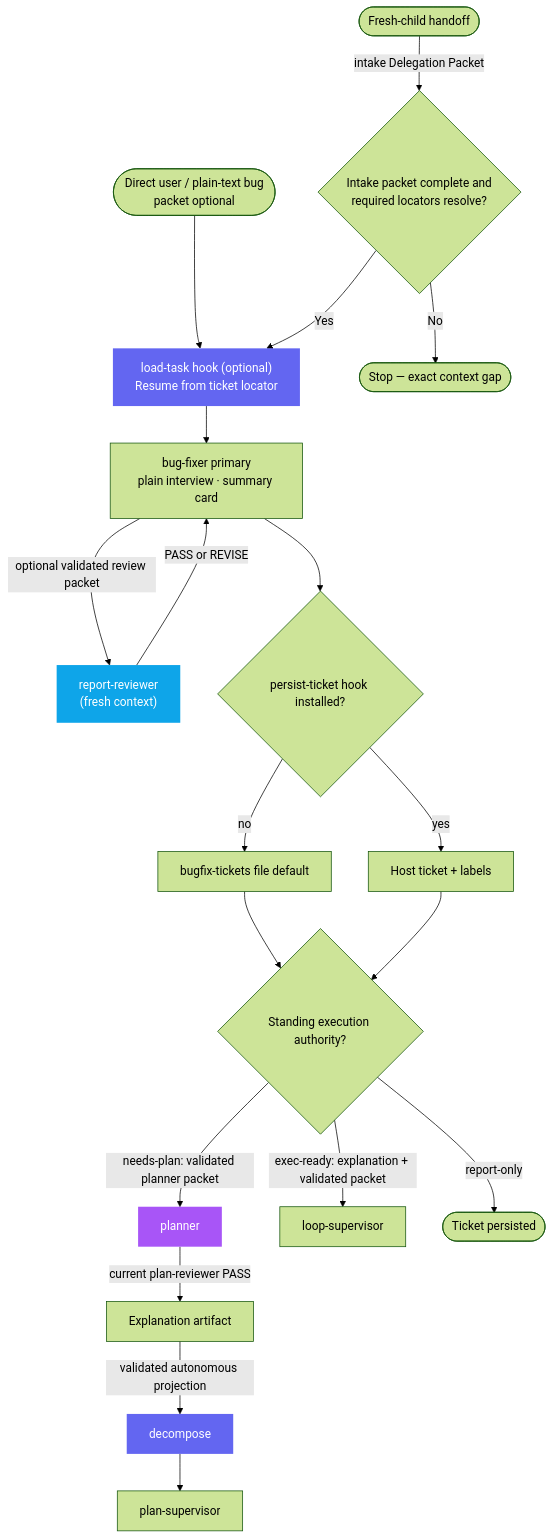
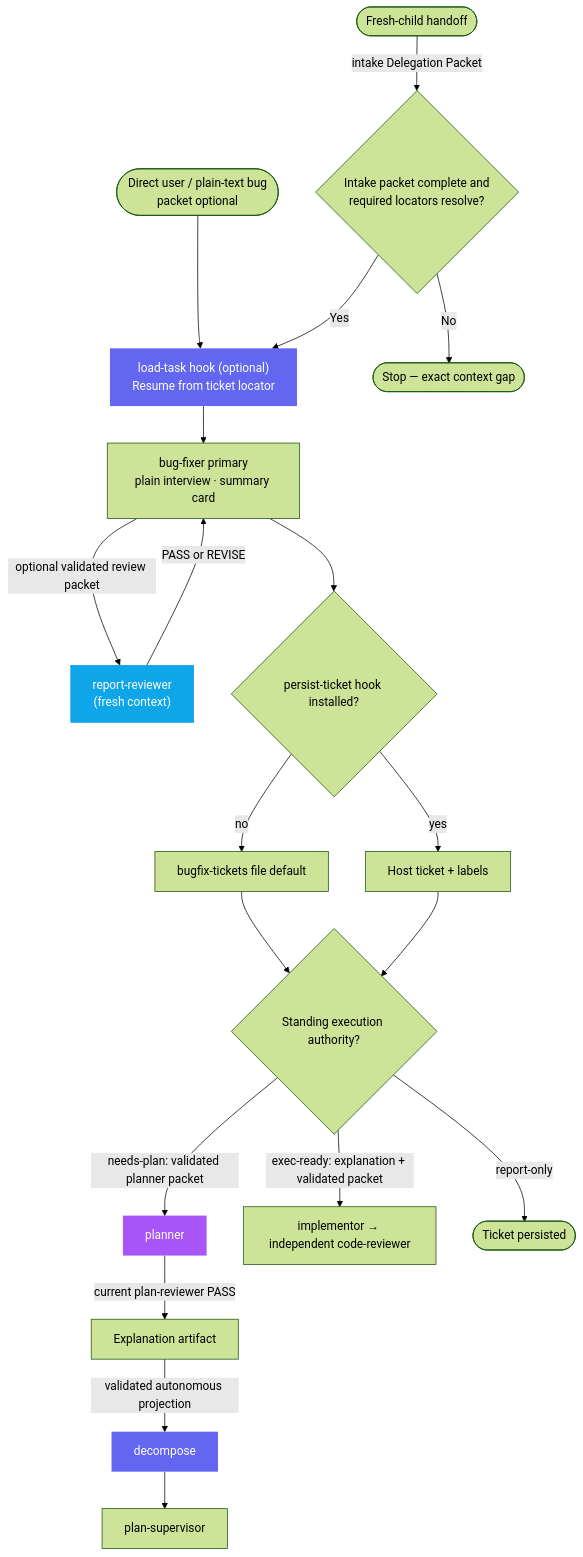
The diagram in docs/architecture/bug-fixer.md (ericmaster/agent-fabric), drawn with Mermaid (forest theme) before and after one commit. The commit also changed other lines of this file and 25 other files, not shown here.

````diff
--- a/docs/architecture/bug-fixer.md
+++ b/docs/architecture/bug-fixer.md
@@ -17,42 +17,42 @@
 ```mermaid
 flowchart TD
     DIRECT([Direct user / plain-text bug\npacket optional])
     FRESH([Fresh-child handoff])
     DIRECT --> LT
     FRESH -->|"intake Delegation Packet"| INTAKE
     INTAKE{"Intake packet complete and\nrequired locators resolve?"}
     INTAKE -- No --> BLOCKED([Stop — exact context gap])
     INTAKE -- Yes --> LT
 
     LT["load-task hook (optional)\nResume from ticket locator"] --> BF
     BF["bug-fixer primary\nplain interview · summary card"]
     RR["report-reviewer\n(fresh context)"]
     HK{persist-ticket hook installed?}
     HOST["Host ticket + labels"]
     FILE["bugfix-tickets file default"]
     PLAN["planner"]
     ART["Explanation artifact"]
     DEC["decompose"]
     PSU["plan-supervisor"]
-    LSU["loop-supervisor"]
+    IMPL["implementor → independent code-reviewer"]
     GATE{Standing execution authority?}
 
     BF -->|"optional validated review packet"| RR
     RR -->|"PASS or REVISE"| BF
     BF --> HK
     HK -- yes --> HOST
     HK -- no --> FILE
     FILE --> GATE
     HOST --> GATE
     GATE -- "report-only" --> STOP([Ticket persisted])
-    GATE -- "exec-ready: explanation + validated packet" --> LSU
+    GATE -- "exec-ready: explanation + validated packet" --> IMPL
     GATE -- "needs-plan: validated planner packet" --> PLAN
     PLAN -->|"current plan-reviewer PASS"| ART
     ART -->|"validated autonomous projection"| DEC
     DEC --> PSU
 
     style LT fill:#6366f1,color:#fff,stroke:none
     style RR fill:#0ea5e9,color:#fff,stroke:none
     style DEC fill:#6366f1,color:#fff,stroke:none
     style PLAN fill:#a855f7,color:#fff,stroke:none
 ```
````
